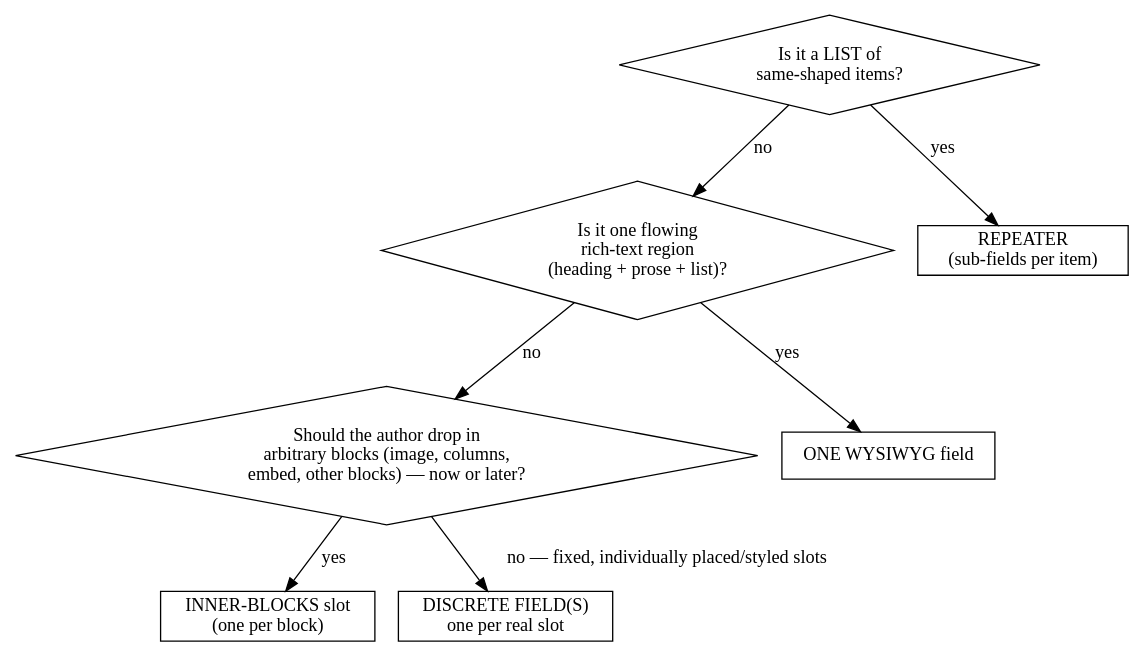
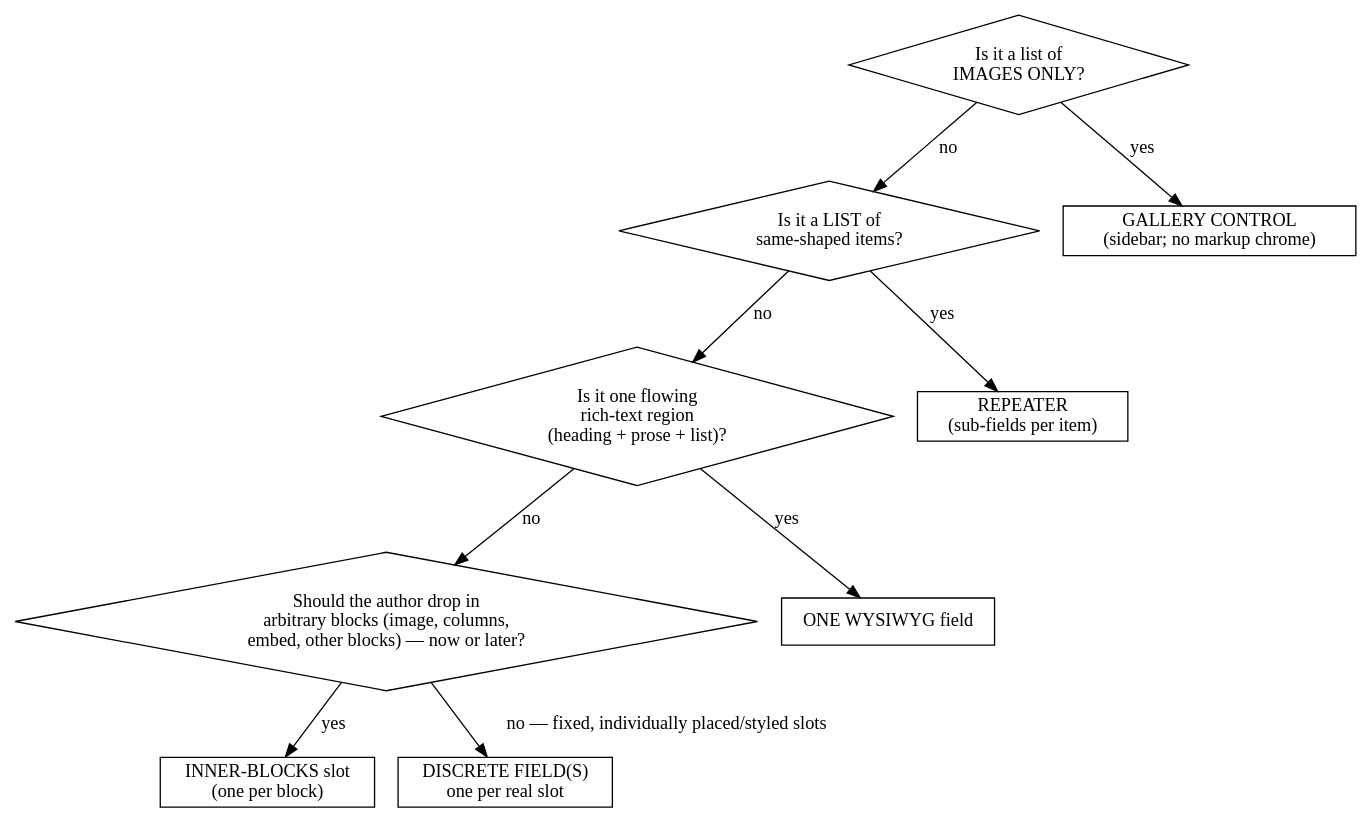
The diagram in skills/protoblocks/references/composition.md (GustavoGomez092/protoblocks-skill), drawn with Graphviz before and after one commit. The commit also changed other lines of this file and 3 other files, not shown here.

First line of the commit message:
docs(controls): document the gallery control

````diff
--- a/skills/protoblocks/references/composition.md
+++ b/skills/protoblocks/references/composition.md
@@ -9,20 +9,24 @@
 ```dot
 digraph composition {
     rankdir=TB;
     node [shape=box];
+    q0 [shape=diamond, label="Is it a list of\nIMAGES ONLY?"];
     q1 [shape=diamond, label="Is it a LIST of\nsame-shaped items?"];
     q2 [shape=diamond, label="Is it one flowing\nrich-text region\n(heading + prose + list)?"];
     q3 [shape=diamond, label="Should the author drop in\narbitrary blocks (image, columns,\nembed, other blocks) — now or later?"];
+    gallery [label="GALLERY CONTROL\n(sidebar; no markup chrome)"];
     repeater [label="REPEATER\n(sub-fields per item)"];
     wysiwyg [label="ONE WYSIWYG field"];
     inner [label="INNER-BLOCKS slot\n(one per block)"];
     fields [label="DISCRETE FIELD(S)\none per real slot"];
 
+    q0 -> gallery [label="yes"];
+    q0 -> q1 [label="no"];
     q1 -> repeater [label="yes"];
     q1 -> q2 [label="no"];
     q2 -> wysiwyg [label="yes"];
     q2 -> q3 [label="no"];
     q3 -> inner [label="yes"];
     q3 -> fields [label="no — fixed, individually placed/styled slots"];
 }
 ```
````
